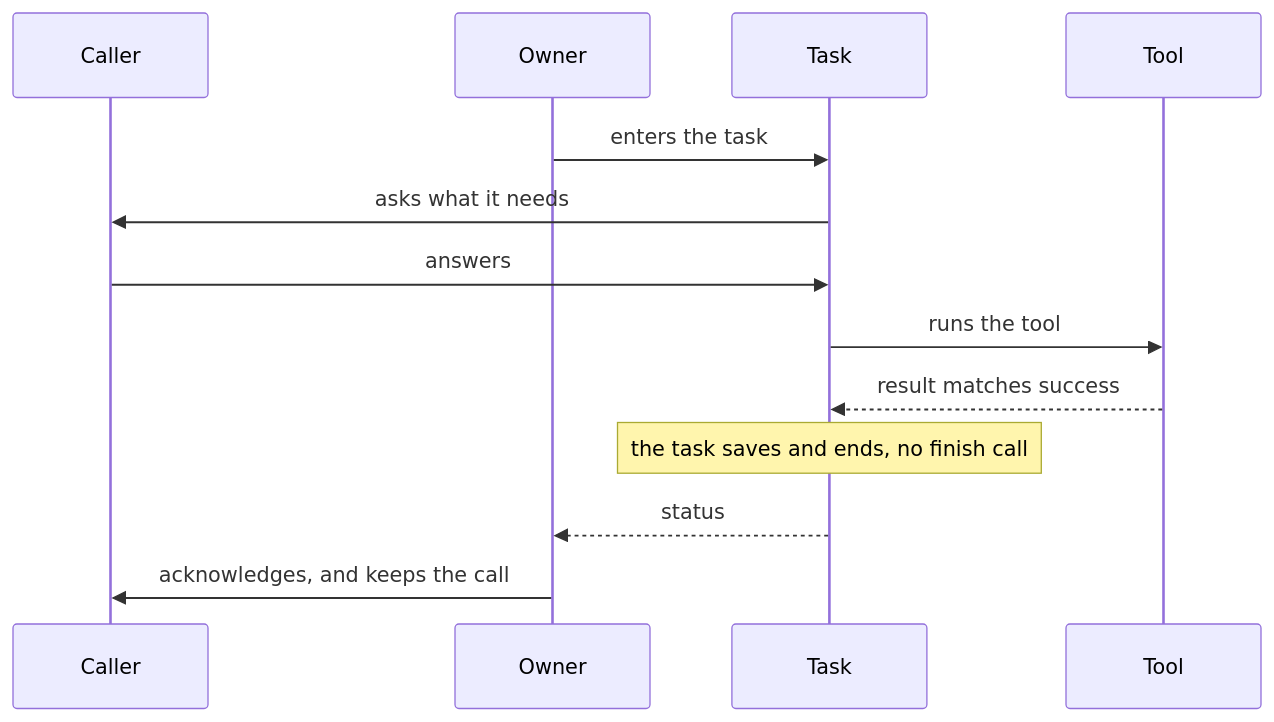
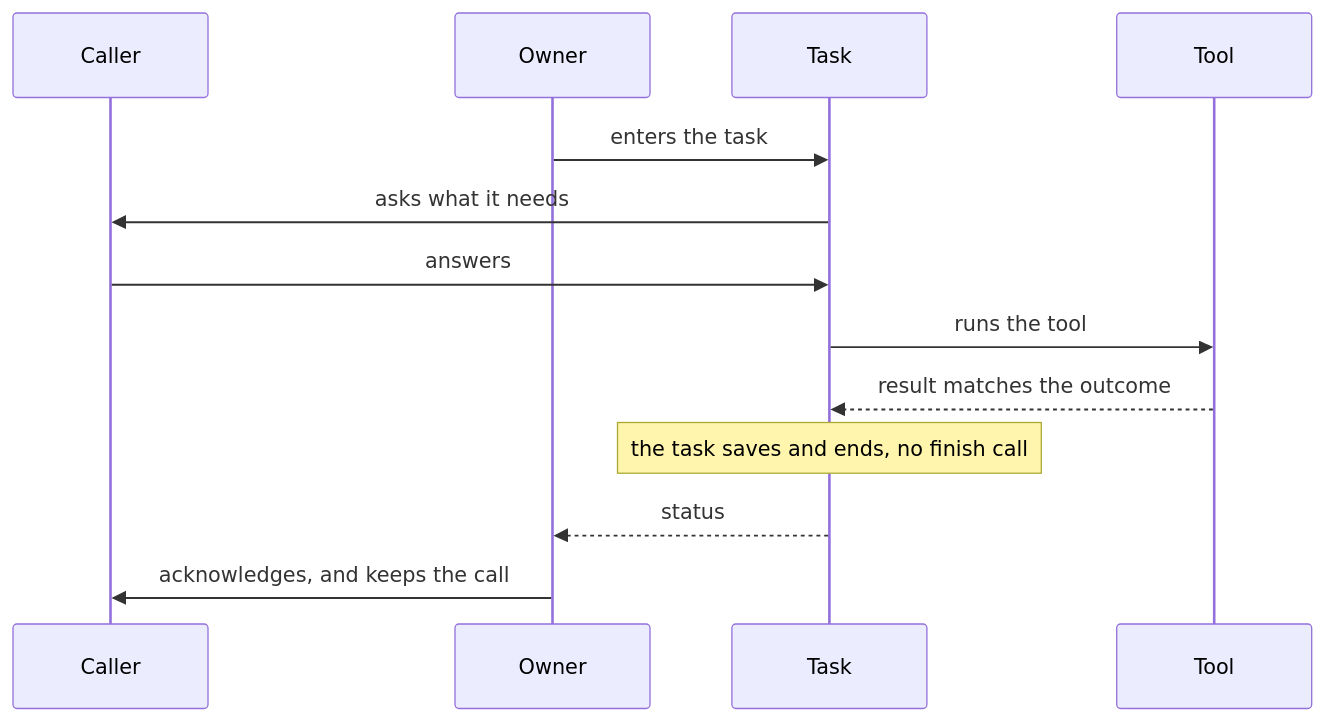
One commit to slng-ai/unmute changed the third of 4 diagrams in docs-site/build/orchestration/overview.mdx. Above: the diagram before and after it, drawn with Mermaid. The commit also changed other lines of this file and 188 other files, not shown here.

````diff
--- a/docs-site/build/orchestration/overview.mdx
+++ b/docs-site/build/orchestration/overview.mdx
@@ -93,15 +93,15 @@
 ```mermaid
 sequenceDiagram
     participant Caller
     participant Owner
     participant Task
     participant Tool
     Owner->>Task: enters the task
     Task->>Caller: asks what it needs
     Caller->>Task: answers
     Task->>Tool: runs the tool
-    Tool-->>Task: result matches success
+    Tool-->>Task: result matches the outcome
     Note over Task: the task saves and ends, no finish call
     Task-->>Owner: status
     Owner->>Caller: acknowledges, and keeps the call
 ```
````
